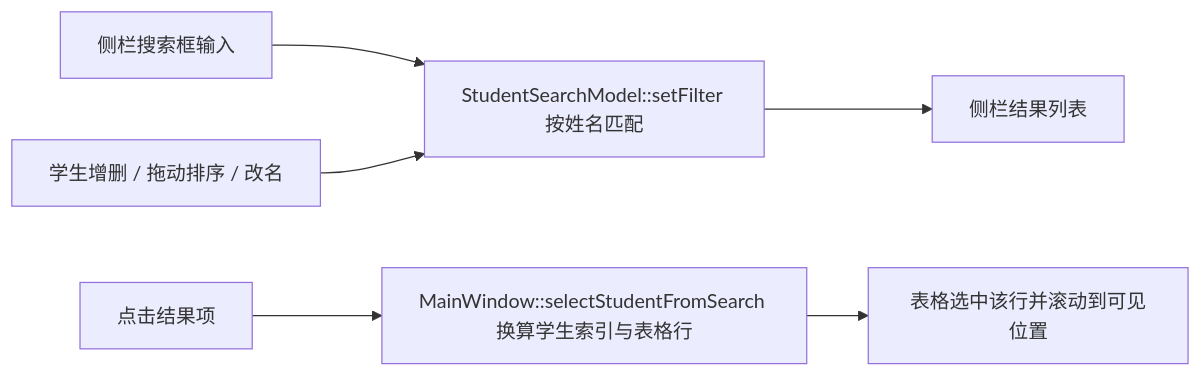
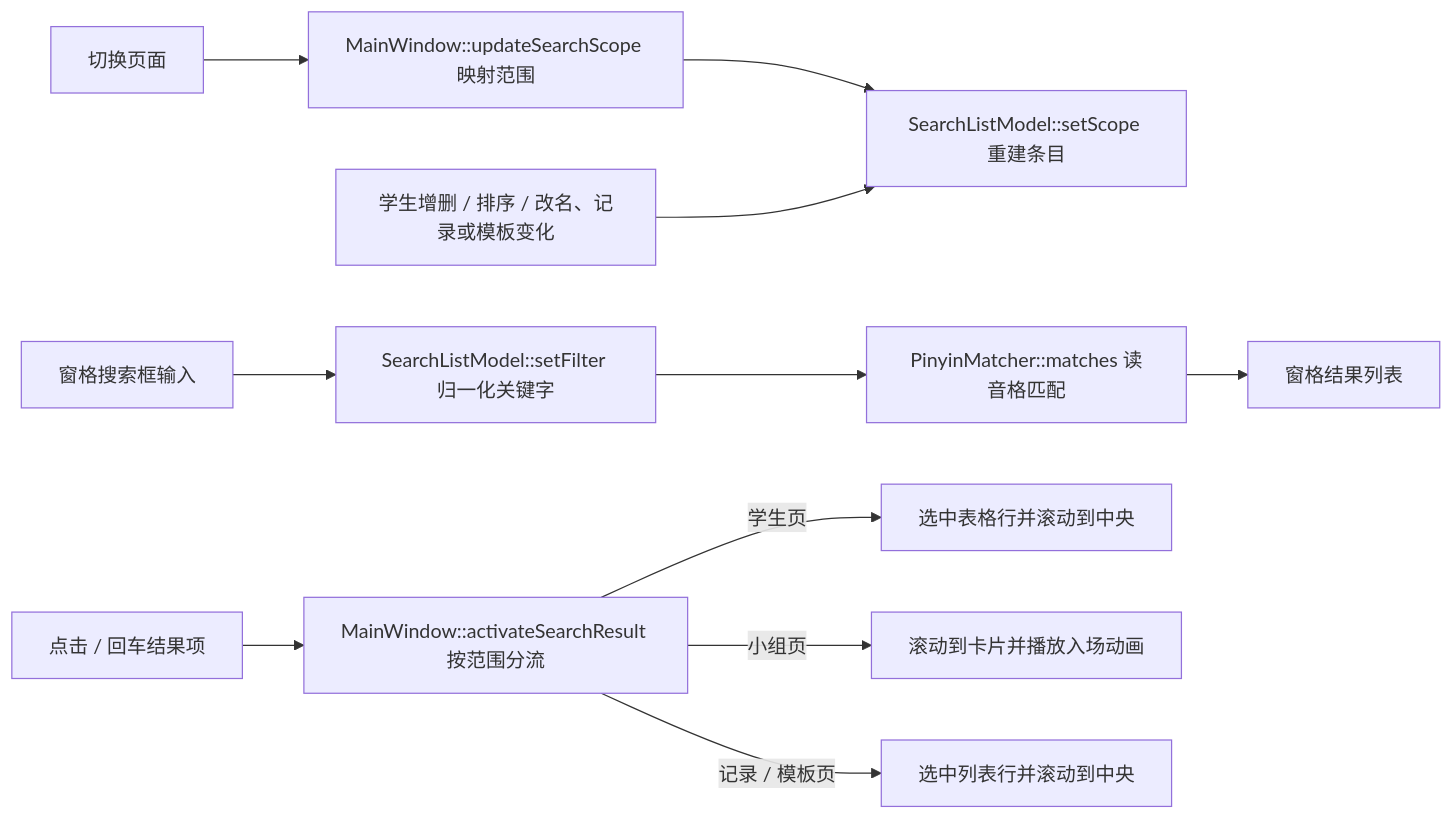
The seventh of 10 diagrams in docs/structure.md (fz1251/ClassScoreManager), drawn with Mermaid before and after one commit. The commit also changed other lines of this file and 41 other files, not shown here.

````diff
--- a/docs/structure.md
+++ b/docs/structure.md
@@ -236,8 +247,13 @@
 ```mermaid
 flowchart LR
-    Input[侧栏搜索框输入] --> Model[StudentSearchModel::setFilter 按姓名匹配]
-    Model --> List[侧栏结果列表]
-    Click[点击结果项] --> Map[MainWindow::selectStudentFromSearch 换算学生索引与表格行]
-    Map --> Select[表格选中该行并滚动到可见位置]
-    Change[学生增删 / 拖动排序 / 改名] --> Model
+    Page[切换页面] --> Scope[MainWindow::updateSearchScope 映射范围]
+    Scope --> Model[SearchListModel::setScope 重建条目]
+    Input[窗格搜索框输入] --> Filter[SearchListModel::setFilter 归一化关键字]
+    Filter --> NFA[PinyinMatcher::matches 读音格匹配]
+    NFA --> List[窗格结果列表]
+    Click[点击 / 回车结果项] --> Route[MainWindow::activateSearchResult 按范围分流]
+    Route -->|学生页| Table[选中表格行并滚动到中央]
+    Route -->|小组页| Card[滚动到卡片并播放入场动画]
+    Route -->|记录 / 模板页| Row[选中列表行并滚动到中央]
+    Change[学生增删 / 排序 / 改名、记录或模板变化] --> Model
 ```
````
